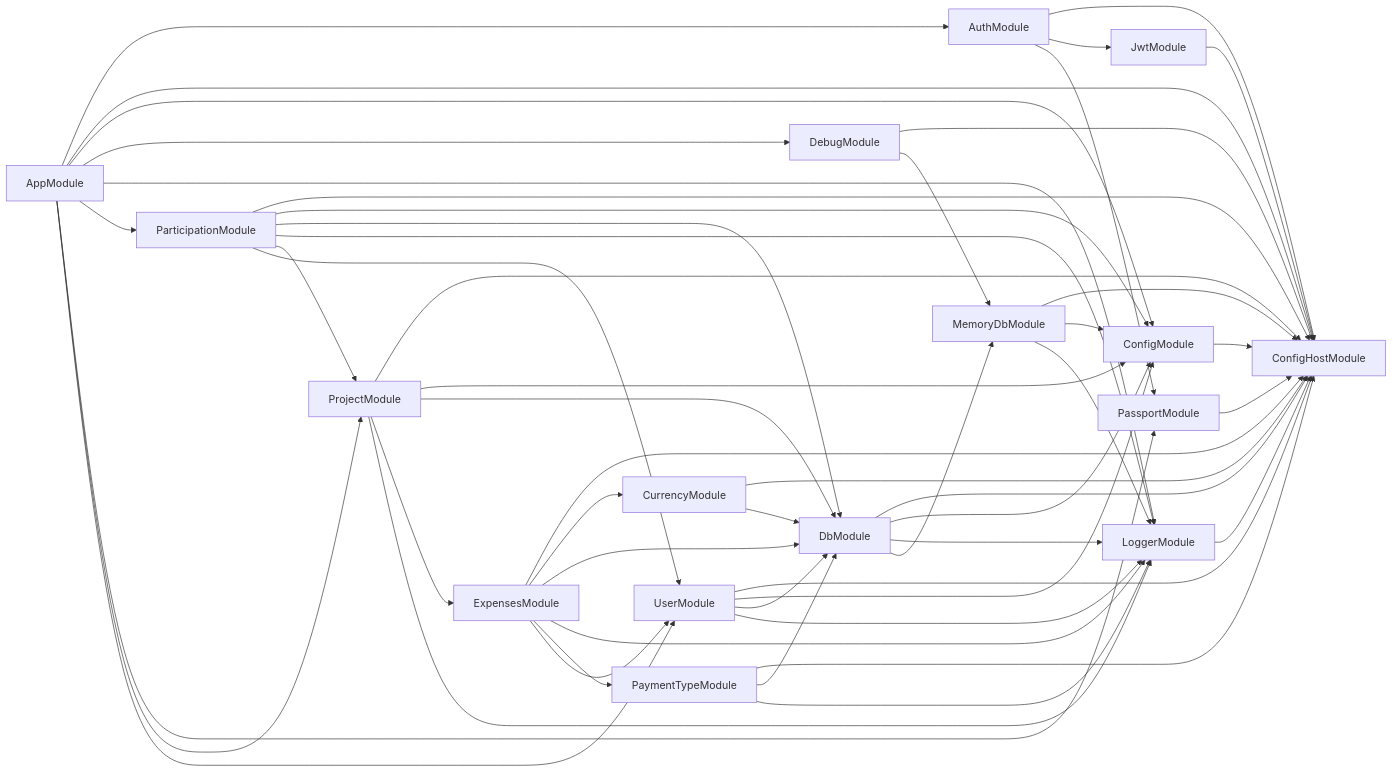
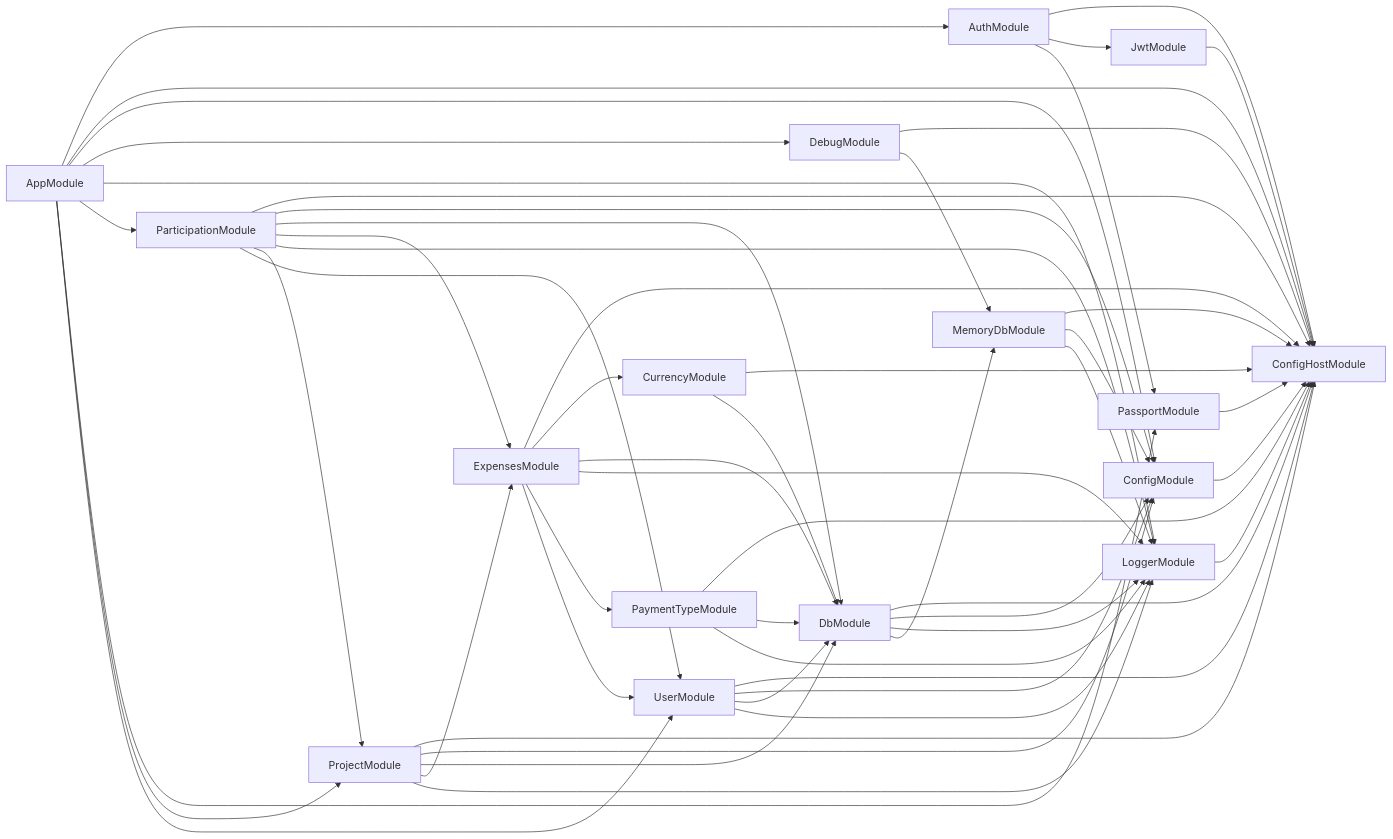
One commit to ShakMR/cuco-backend changed the diagram in deps.mermaid. Above: the diagram before and after it, drawn with Mermaid. The commit also changed 11 other files, not shown here.

```diff
--- a/deps.mermaid
+++ b/deps.mermaid
@@ -1,52 +1,53 @@
 graph LR
   AppModule-->AuthModule
   AppModule-->ConfigHostModule
   AppModule-->ConfigModule
   AppModule-->DebugModule
   AppModule-->LoggerModule
   AppModule-->ParticipationModule
   AppModule-->PassportModule
   AppModule-->ProjectModule
   AppModule-->UserModule
   AuthModule-->ConfigHostModule
   AuthModule-->JwtModule
   AuthModule-->PassportModule
   ConfigModule-->ConfigHostModule
   CurrencyModule-->ConfigHostModule
   CurrencyModule-->DbModule
   DbModule-->ConfigHostModule
   DbModule-->ConfigModule
   DbModule-->LoggerModule
   DbModule-->MemoryDbModule
   DebugModule-->ConfigHostModule
   DebugModule-->MemoryDbModule
   ExpensesModule-->ConfigHostModule
   ExpensesModule-->CurrencyModule
   ExpensesModule-->DbModule
   ExpensesModule-->LoggerModule
   ExpensesModule-->PaymentTypeModule
   ExpensesModule-->UserModule
   JwtModule-->ConfigHostModule
   LoggerModule-->ConfigHostModule
   MemoryDbModule-->ConfigHostModule
   MemoryDbModule-->ConfigModule
   MemoryDbModule-->LoggerModule
   ParticipationModule-->ConfigHostModule
   ParticipationModule-->ConfigModule
   ParticipationModule-->DbModule
+  ParticipationModule-->ExpensesModule
   ParticipationModule-->LoggerModule
   ParticipationModule-->ProjectModule
   ParticipationModule-->UserModule
   PassportModule-->ConfigHostModule
   PaymentTypeModule-->ConfigHostModule
   PaymentTypeModule-->DbModule
   PaymentTypeModule-->LoggerModule
   ProjectModule-->ConfigHostModule
   ProjectModule-->ConfigModule
   ProjectModule-->DbModule
   ProjectModule-->ExpensesModule
   ProjectModule-->LoggerModule
   UserModule-->ConfigHostModule
   UserModule-->ConfigModule
   UserModule-->DbModule
   UserModule-->LoggerModule
```
